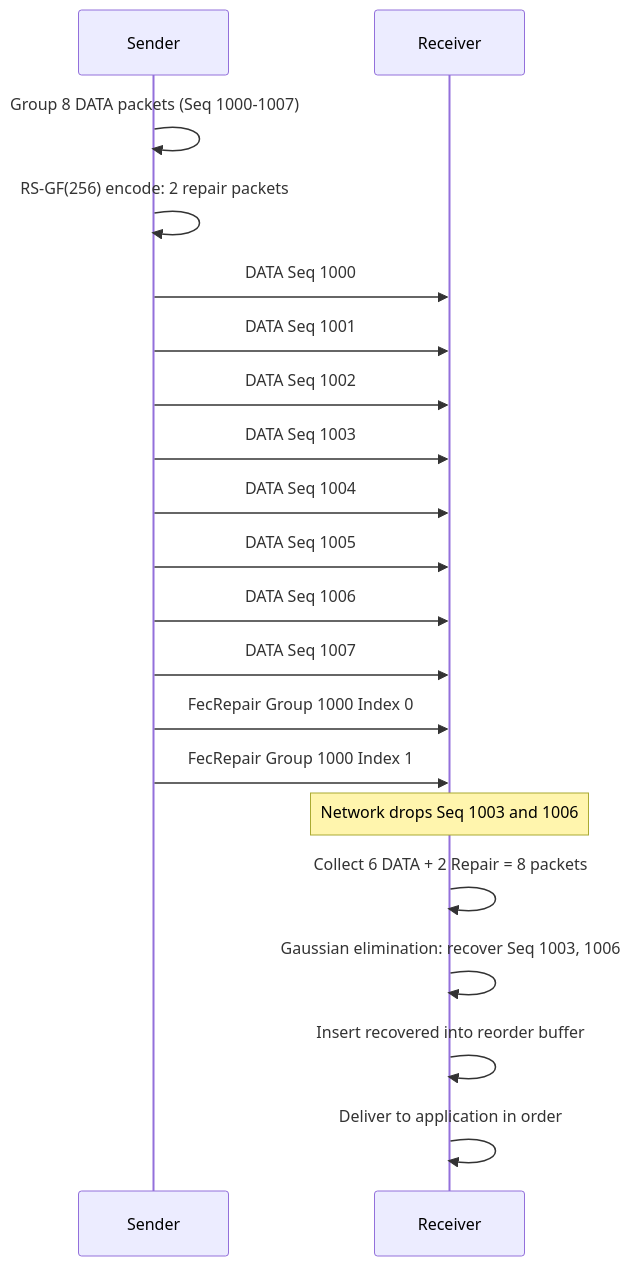
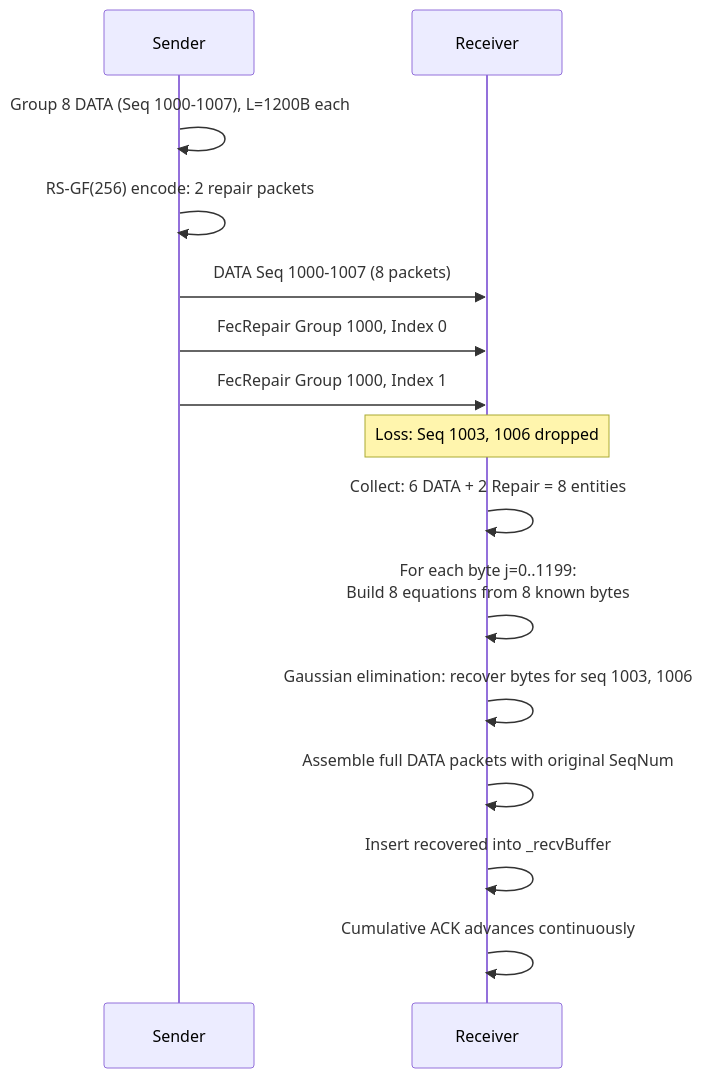
The ninth of 9 diagrams in docs/protocol.md (liulilittle/ucp), drawn with Mermaid before and after one commit. The commit also changed other lines of this file and 17 other files, not shown here.

````diff
--- a/docs/protocol.md
+++ b/docs/protocol.md
@@ -278,24 +446,20 @@
 ```mermaid
 sequenceDiagram
     participant S as Sender
     participant R as Receiver
 
-    S->>S: Group 8 DATA packets (Seq 1000-1007)
+    S->>S: Group 8 DATA (Seq 1000-1007), L=1200B each
     S->>S: RS-GF(256) encode: 2 repair packets
-    S->>R: DATA Seq 1000
-    S->>R: DATA Seq 1001
-    S->>R: DATA Seq 1002
-    S->>R: DATA Seq 1003
-    S->>R: DATA Seq 1004
-    S->>R: DATA Seq 1005
-    S->>R: DATA Seq 1006
-    S->>R: DATA Seq 1007
-    S->>R: FecRepair Group 1000 Index 0
-    S->>R: FecRepair Group 1000 Index 1
+    S->>R: DATA Seq 1000-1007 (8 packets)
+    S->>R: FecRepair Group 1000, Index 0
+    S->>R: FecRepair Group 1000, Index 1
 
-    Note over R: Network drops Seq 1003 and 1006
-    R->>R: Collect 6 DATA + 2 Repair = 8 packets
-    R->>R: Gaussian elimination: recover Seq 1003, 1006
-    R->>R: Insert recovered into reorder buffer
-    R->>R: Deliver to application in order
+    Note over R: Loss: Seq 1003, 1006 dropped
+
+    R->>R: Collect: 6 DATA + 2 Repair = 8 entities
+    R->>R: For each byte j=0..1199:<br/>Build 8 equations from 8 known bytes
+    R->>R: Gaussian elimination: recover bytes for seq 1003, 1006
+    R->>R: Assemble full DATA packets with original SeqNum
+    R->>R: Insert recovered into _recvBuffer
+    R->>R: Cumulative ACK advances continuously
 ```
````
